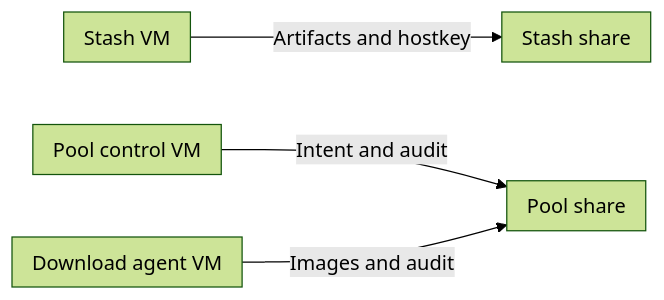
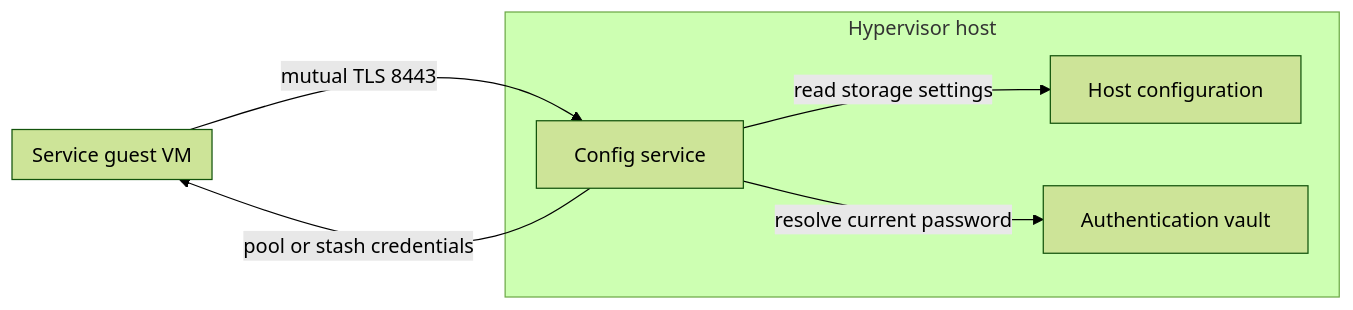
The fourth of 5 diagrams in docs/design/06-deployment.md (alissonsol/yuruna), drawn with Mermaid (forest theme) before and after one commit. The commit also changed other lines of this file and 1383 other files, not shown here.

````diff
--- a/docs/design/06-deployment.md
+++ b/docs/design/06-deployment.md
@@ -98,16 +162,14 @@
 ```mermaid
 flowchart LR
-    subgraph pool-control-service["Pool control VM"]
+    subgraph guest["Service guest VM"]
     end
-    subgraph download-agent-service["Download agent VM"]
+    subgraph host["Hypervisor host"]
+        start-configservice-ps1["Config service"]
+        test-config-yml["Host configuration"]
+        authentication["Authentication vault"]
     end
-    subgraph stash-service["Stash VM"]
-    end
-    subgraph yuruna-pool["Pool share"]
-    end
-    subgraph stash-share["Stash share"]
-    end
-    pool-control-service -->|Intent and audit| yuruna-pool
-    download-agent-service -->|Images and audit| yuruna-pool
-    stash-service -->|Artifacts and hostkey| stash-share
+    guest -->|mutual TLS 8443| start-configservice-ps1
+    start-configservice-ps1 -->|read storage settings| test-config-yml
+    start-configservice-ps1 -->|resolve current password| authentication
+    start-configservice-ps1 -->|pool or stash credentials| guest
 ```
````
